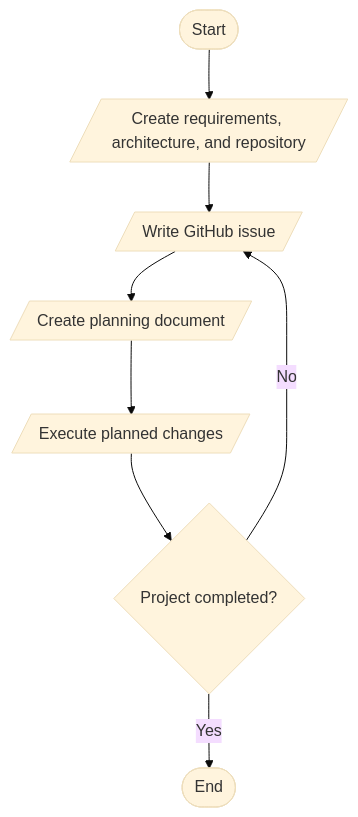
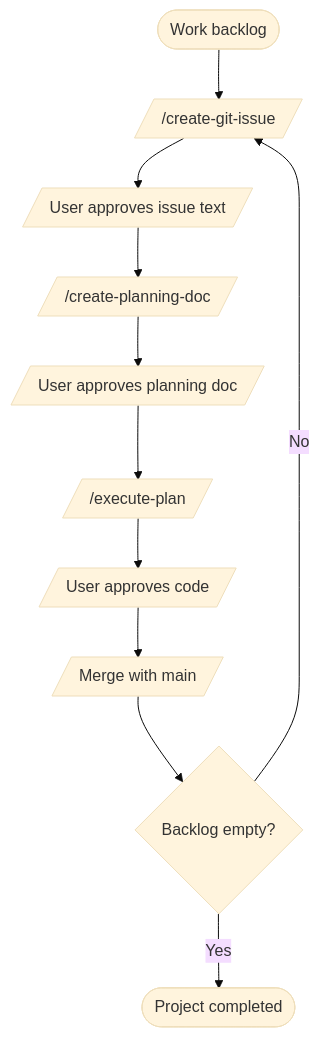
One commit to thinkgibson/Jumpstart changed the second of 2 diagrams in README.md. Above: the diagram before and after it, drawn with Mermaid (base theme). The commit also changed other lines of this file, not shown here.

````diff
--- a/README.md
+++ b/README.md
@@ -12,10 +70,13 @@
 ```mermaid
 flowchart TD
-    Start([Start]) --> Jumpstart[/Create requirements, architecture, and repository/]
-    Jumpstart -->CreateIssue[/Write GitHub issue/]
-    CreateIssue --> CreatePlan[/Create planning document/]
-    CreatePlan --> Execute[/Execute planned changes/]
-    Execute --> LoopCheck{Project completed?}
+    Start([Work backlog]) --> CreateIssue[//create-git-issue/]
+    CreateIssue --> Feedback1[/User approves issue text/]
+    Feedback1 --> CreatePlan[//create-planning-doc/]
+    CreatePlan --> Feedback2[/User approves planning doc/]
+    Feedback2 --> Execute[//execute-plan/]
+    Execute --> Feedback3[/User approves code/]
+    Feedback3 --> Merge[/Merge with main/]
+    Merge --> LoopCheck{Backlog empty?}
     LoopCheck -->|No| CreateIssue
-    LoopCheck -->|Yes| Complete([End])
+    LoopCheck -->|Yes| Complete([Project completed])
 ```
````
